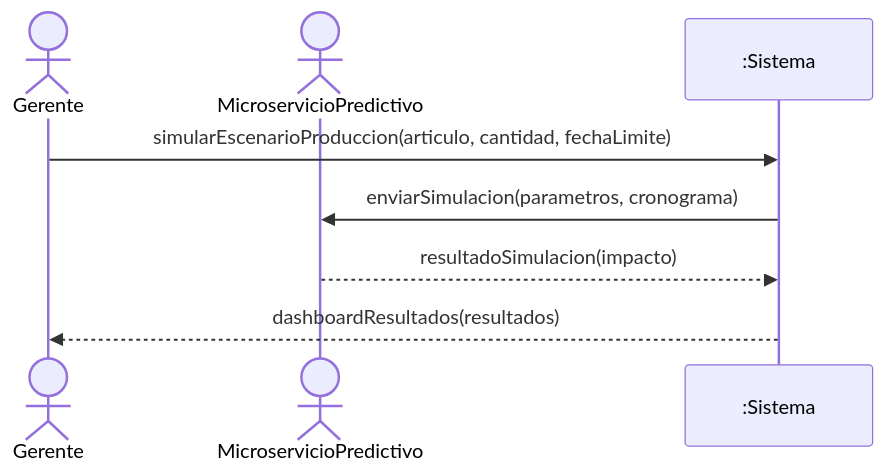
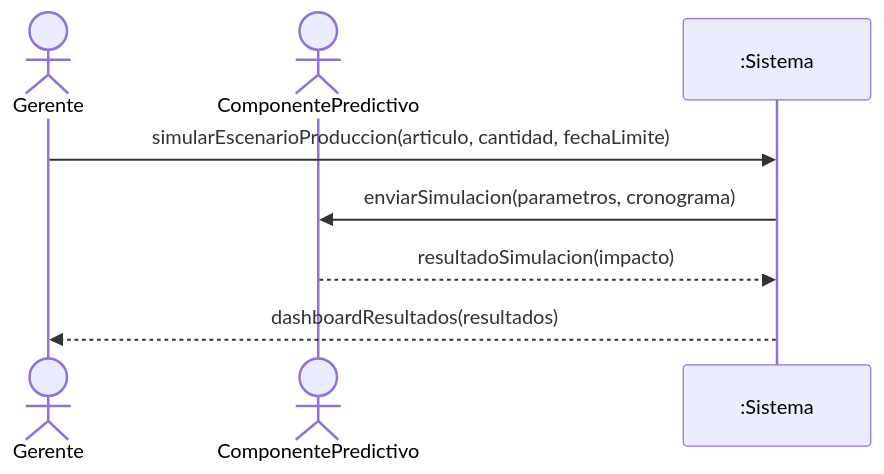
The fourth of 5 diagrams in docs/2-analisis/DSS/analisis-predictivo.md (LisandroVenini/SIGPAP), drawn with Mermaid before and after one commit. The commit also changed other lines of this file and 27 other files, not shown here.

````diff
--- a/docs/2-analisis/DSS/analisis-predictivo.md
+++ b/docs/2-analisis/DSS/analisis-predictivo.md
@@ -62,10 +62,10 @@
 ```mermaid
 sequenceDiagram
     actor Gerente as Gerente
-    actor Microservicio as MicroservicioPredictivo
+    actor Componente as ComponentePredictivo
     participant Sistema as :Sistema
     Gerente->>Sistema: simularEscenarioProduccion(articulo, cantidad, fechaLimite)
-    Sistema->>Microservicio: enviarSimulacion(parametros, cronograma)
-    Microservicio-->>Sistema: resultadoSimulacion(impacto)
+    Sistema->>Componente: enviarSimulacion(parametros, cronograma)
+    Componente-->>Sistema: resultadoSimulacion(impacto)
     Sistema-->>Gerente: dashboardResultados(resultados)
 ```
````
